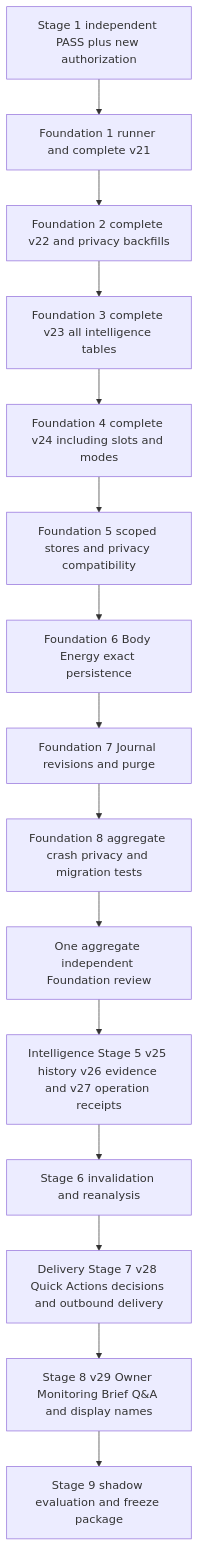
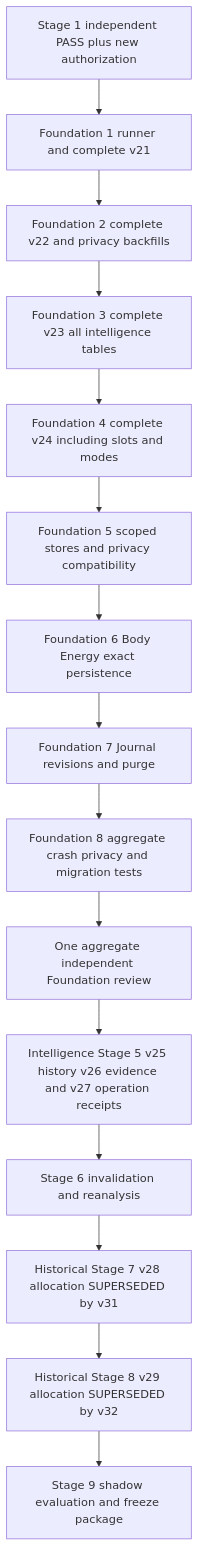
The sixth of 6 diagrams in docs/phase4-architecture.md (enjoyfulwen0204-eng/whoop-briefing), drawn with Mermaid before and after one commit. The commit also changed other lines of this file and 4 other files, not shown here.

```diff
--- a/docs/phase4-architecture.md
+++ b/docs/phase4-architecture.md
@@ -3640,17 +3642,18 @@
 ~~~mermaid
 flowchart TD
+    %% HISTORICAL / SUPERSEDED schema allocation: Stage 7 v28 and Stage 8 v29 are not current.
     S1[Stage 1 independent PASS plus new authorization] --> F1[Foundation 1 runner and complete v21]
     F1 --> F2[Foundation 2 complete v22 and privacy backfills]
     F2 --> F3[Foundation 3 complete v23 all intelligence tables]
     F3 --> F4[Foundation 4 complete v24 including slots and modes]
     F4 --> F5[Foundation 5 scoped stores and privacy compatibility]
     F5 --> F6[Foundation 6 Body Energy exact persistence]
     F6 --> F7[Foundation 7 Journal revisions and purge]
     F7 --> F8[Foundation 8 aggregate crash privacy and migration tests]
     F8 --> FG[One aggregate independent Foundation review]
     FG --> S5[Intelligence Stage 5 v25 history v26 evidence and v27 operation receipts]
     S5 --> S6[Stage 6 invalidation and reanalysis]
-    S6 --> S7[Delivery Stage 7 v28 Quick Actions decisions and outbound delivery]
-    S7 --> S8[Stage 8 v29 Owner Monitoring Brief Q&A and display names]
+    S6 --> S7[Historical Stage 7 v28 allocation SUPERSEDED by v31]
+    S7 --> S8[Historical Stage 8 v29 allocation SUPERSEDED by v32]
     S8 --> S9[Stage 9 shadow evaluation and freeze package]
 ~~~
```
